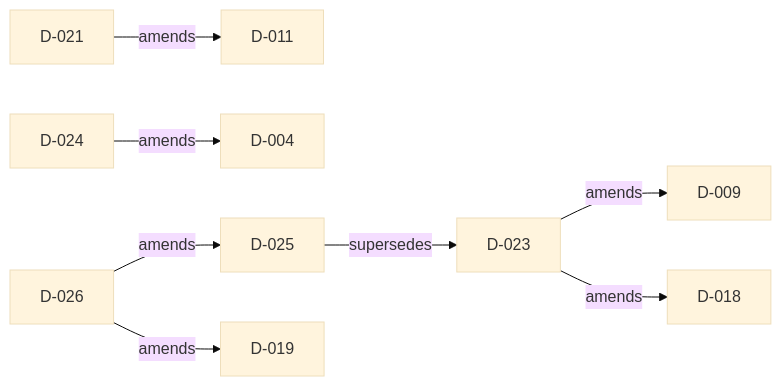
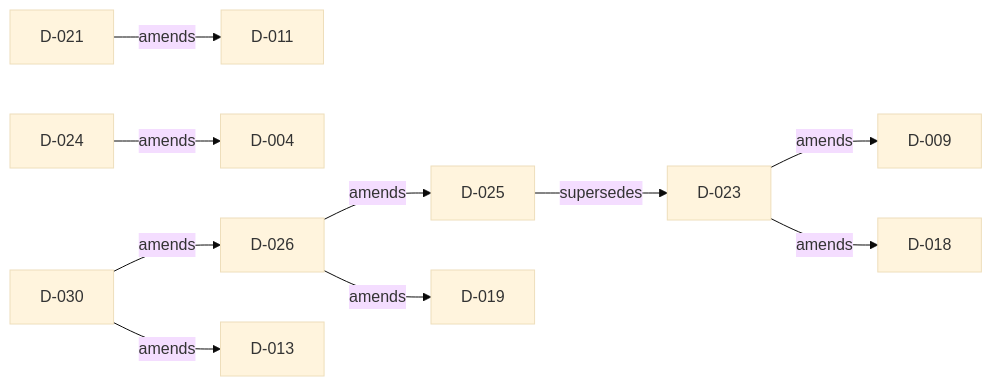
Before and after one commit to doka-labs/Doka.EntityFrameworkCore.MySql: the diagram in docs/decisions/README.md, drawn with Mermaid (base theme). The commit also changed other lines of this file and 132 other files, not shown here.

````diff
--- a/docs/decisions/README.md
+++ b/docs/decisions/README.md
@@ -42,10 +43,12 @@
 ```mermaid
 flowchart LR
   D_021["D-021"] -->|"amends"| D_011["D-011"]
   D_023["D-023"] -->|"amends"| D_009["D-009"]
   D_023["D-023"] -->|"amends"| D_018["D-018"]
   D_024["D-024"] -->|"amends"| D_004["D-004"]
   D_025["D-025"] -->|"supersedes"| D_023["D-023"]
   D_026["D-026"] -->|"amends"| D_019["D-019"]
   D_026["D-026"] -->|"amends"| D_025["D-025"]
+  D_030["D-030"] -->|"amends"| D_013["D-013"]
+  D_030["D-030"] -->|"amends"| D_026["D-026"]
 ```
````
